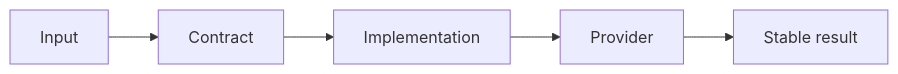
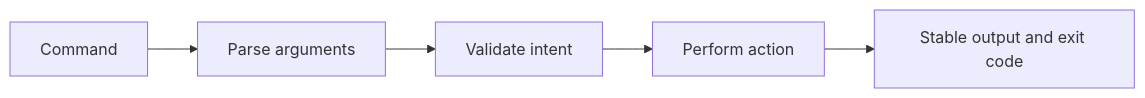
The diagram in path/to/docs/reference/cli.mdx (jeffersoncampos12p-dev/jeston), drawn with Mermaid before and after one commit. The commit also changed other lines of this file and 31 other files, not shown here.

````diff
--- a/path/to/docs/reference/cli.mdx
+++ b/path/to/docs/reference/cli.mdx
@@ -95,7 +51,7 @@
 ```mermaid placement="top-right"
 flowchart LR
-    input[Input] --> contract[Contract]
-    contract --> implementation[Implementation]
-    implementation --> provider[Provider]
-    provider --> result[Stable result]
+    command[Command] --> parse[Parse arguments]
+    parse --> validate[Validate intent]
+    validate --> action[Perform action]
+    action --> output[Stable output and exit code]
 ```
````
